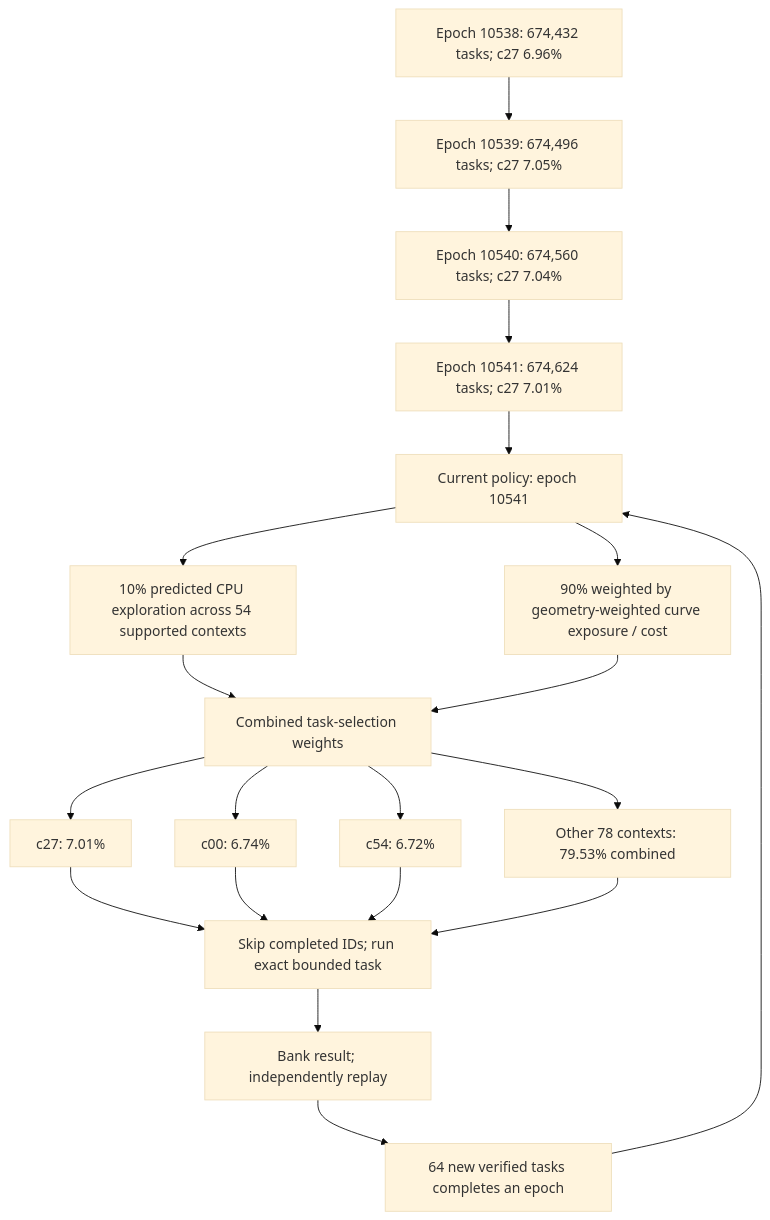
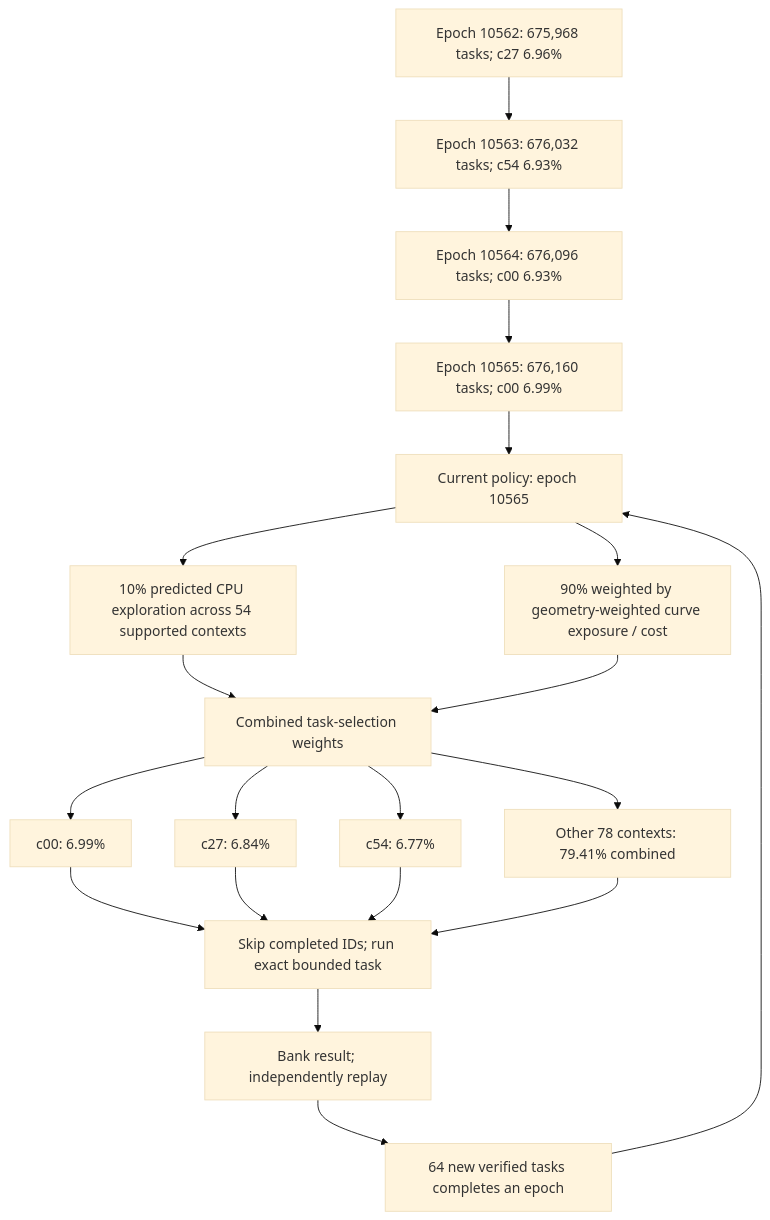
Before and after one commit to Kuberwastaken/math-gambling: the first of 4 diagrams in README.md, drawn with Mermaid (base theme). The commit also changed other lines of this file and 4021 other files, not shown here.

````diff
--- a/README.md
+++ b/README.md
@@ -60,27 +60,27 @@
 ```mermaid
 flowchart TD
-    H0["Epoch 10538: 674,432 tasks; c27 6.96%"]
-    H1["Epoch 10539: 674,496 tasks; c27 7.05%"]
+    H0["Epoch 10562: 675,968 tasks; c27 6.96%"]
+    H1["Epoch 10563: 676,032 tasks; c54 6.93%"]
     H0 --> H1
-    H2["Epoch 10540: 674,560 tasks; c27 7.04%"]
+    H2["Epoch 10564: 676,096 tasks; c00 6.93%"]
     H1 --> H2
-    H3["Epoch 10541: 674,624 tasks; c27 7.01%"]
+    H3["Epoch 10565: 676,160 tasks; c00 6.99%"]
     H2 --> H3
-    Policy["Current policy: epoch 10541"]
+    Policy["Current policy: epoch 10565"]
     H3 --> Policy
     Policy --> Explore["10% predicted CPU exploration across 54 supported contexts"]
     Policy --> Cost["90% weighted by geometry-weighted curve exposure / cost"]
     Explore --> Mix["Combined task-selection weights"]
     Cost --> Mix
-    Mix --> C0["c27: 7.01%"]
-    Mix --> C1["c00: 6.74%"]
-    Mix --> C2["c54: 6.72%"]
-    Mix --> Rest["Other 78 contexts: 79.53% combined"]
+    Mix --> C0["c00: 6.99%"]
+    Mix --> C1["c27: 6.84%"]
+    Mix --> C2["c54: 6.77%"]
+    Mix --> Rest["Other 78 contexts: 79.41% combined"]
     C0 --> Check["Skip completed IDs; run exact bounded task"]
     C1 --> Check
     C2 --> Check
     Rest --> Check
     Check --> Replay["Bank result; independently replay"]
     Replay --> Gate["64 new verified tasks completes an epoch"]
     Gate --> Policy
 ```
````
